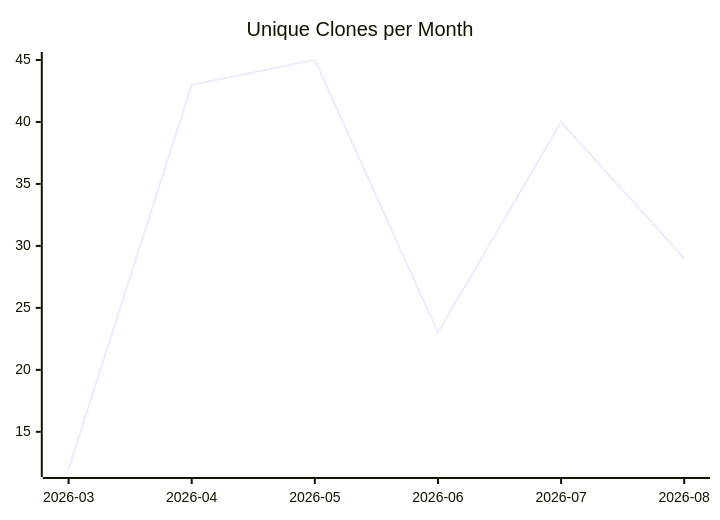
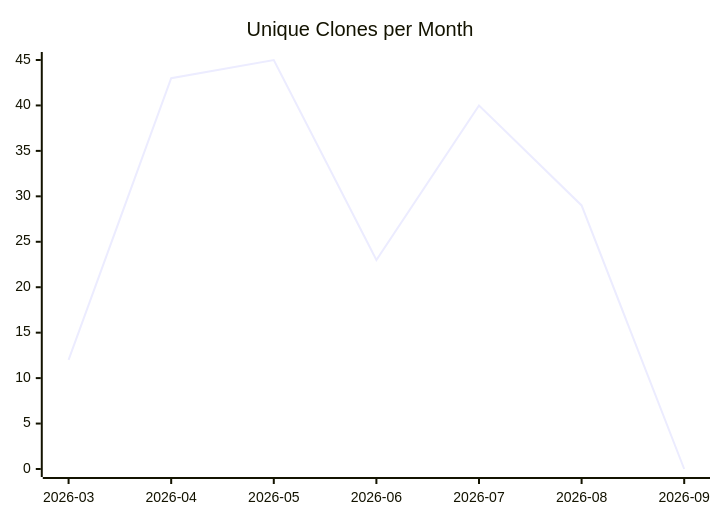
Before and after one commit to justdavis-family/github-analytics-data: the third of 3 diagrams in karlmdavis/ksoap2-android/README.md, drawn with Mermaid. The commit also changed other lines of this file and 191 other files, not shown here.

````diff
--- a/karlmdavis/ksoap2-android/README.md
+++ b/karlmdavis/ksoap2-android/README.md
@@ -19,6 +19,6 @@
 ```mermaid
 xychart-beta
   title "Unique Clones per Month"
-  x-axis ["2026-03", "2026-04", "2026-05", "2026-06", "2026-07", "2026-08"]
-  line [12, 43, 45, 23, 40, 29]
+  x-axis ["2026-03", "2026-04", "2026-05", "2026-06", "2026-07", "2026-08", "2026-09"]
+  line [12, 43, 45, 23, 40, 29, 0]
 ```
````
